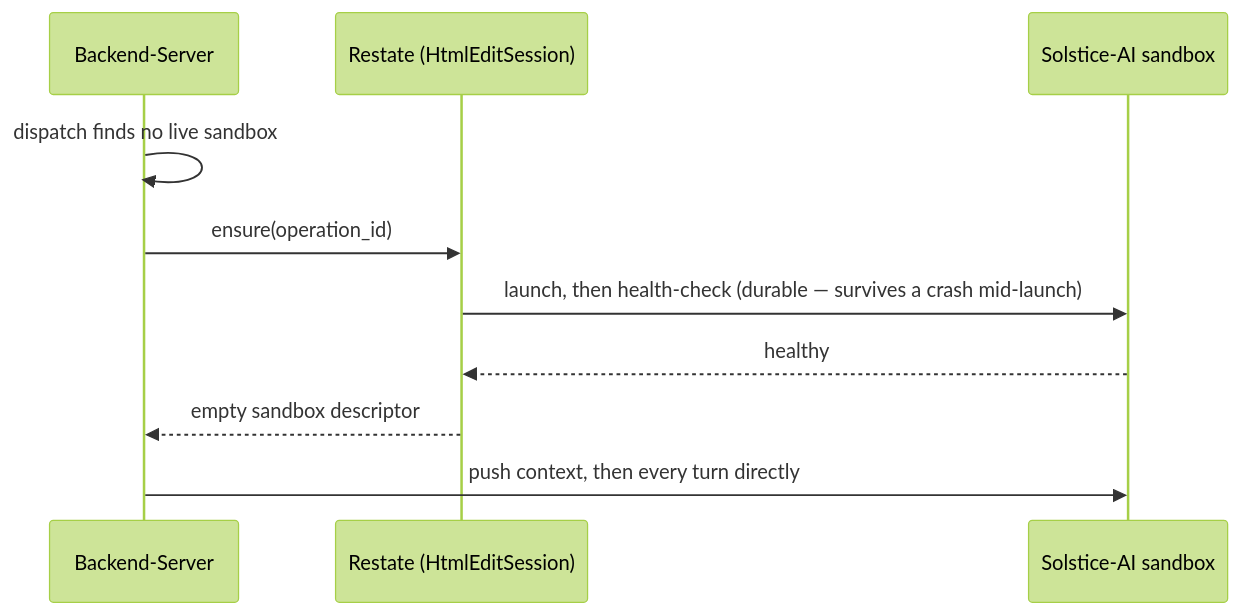
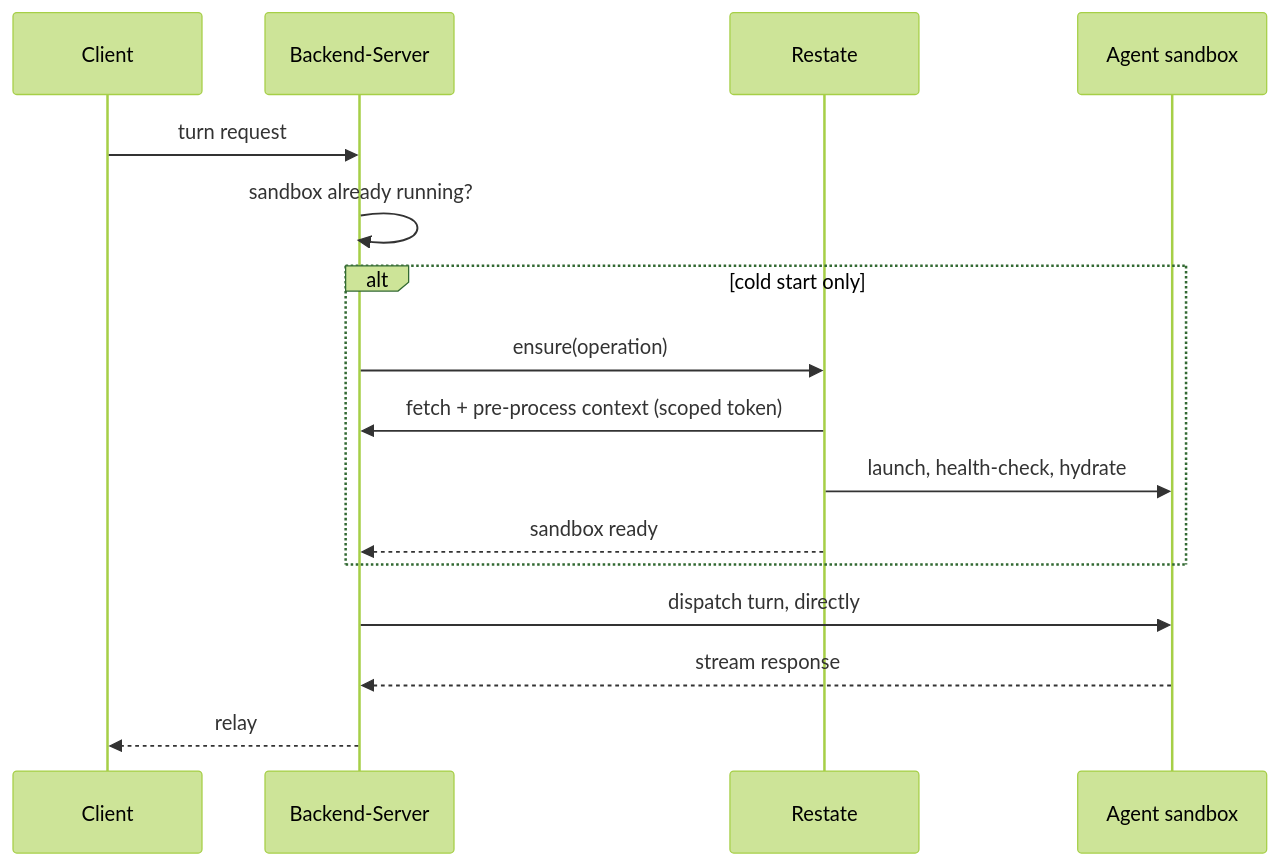
The third of 7 diagrams in plans/SOL-2878-restate-agent-orchestration.md (Solstice-Health/engineering-specs), drawn with Mermaid (forest theme) before and after one commit. The commit also changed other lines of this file, not shown here.

First line of the commit message:
SOL-2878: generalize System views to three shapes of work, not just agent-pi

````diff
--- a/plans/SOL-2878-restate-agent-orchestration.md
+++ b/plans/SOL-2878-restate-agent-orchestration.md
@@ -80,12 +84,18 @@
 ```mermaid
 sequenceDiagram
+    participant C as Client
     participant BE as Backend-Server
-    participant R as Restate (HtmlEditSession)
-    participant AI as Solstice-AI sandbox
-    BE->>BE: dispatch finds no live sandbox
-    BE->>R: ensure(operation_id)
-    R->>AI: launch, then health-check (durable — survives a crash mid-launch)
-    AI-->>R: healthy
-    R-->>BE: empty sandbox descriptor
-    BE->>AI: push context, then every turn directly
+    participant R as Restate
+    participant AI as Agent sandbox
+    C->>BE: turn request
+    BE->>BE: sandbox already running?
+    alt cold start only
+        BE->>R: ensure(operation)
+        R->>BE: fetch + pre-process context (scoped token)
+        R->>AI: launch, health-check, hydrate
+        R-->>BE: sandbox ready
+    end
+    BE->>AI: dispatch turn, directly
+    AI-->>BE: stream response
+    BE-->>C: relay
 ```
````
